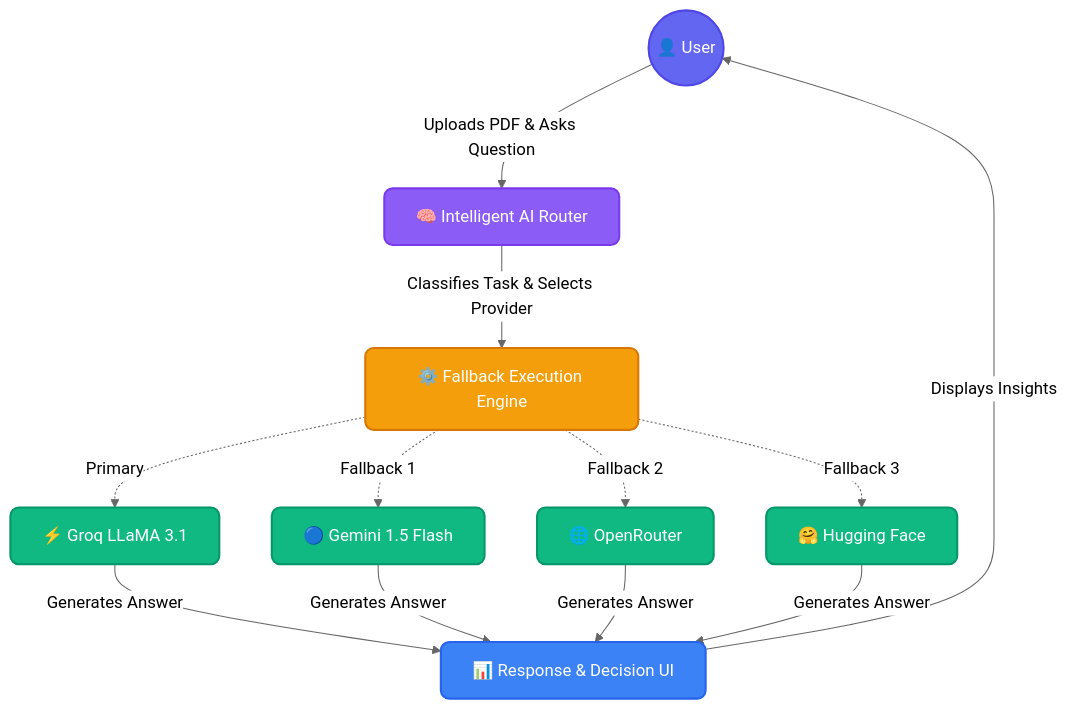
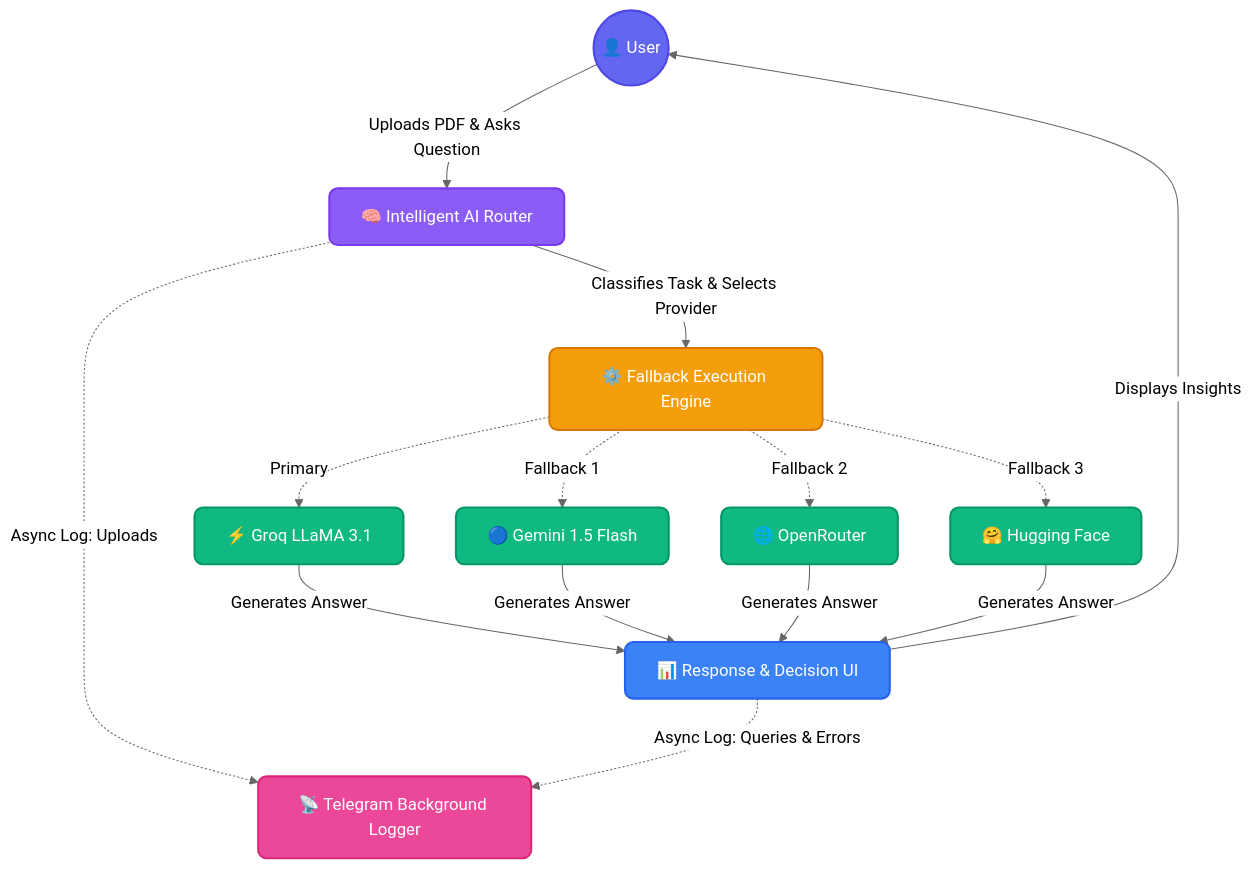
Before and after one commit to Piyu242005/AI-DOC-ASSISTANT: the diagram in README.md, drawn with Mermaid (neutral theme). The commit also changed other lines of this file and 2 other files, not shown here.

Commit message:
feat: implement asynchronous Telegram telemetry for logging uploads, queries, and provider errors

````diff
--- a/README.md
+++ b/README.md
@@ -49,21 +57,26 @@
 ```mermaid
 graph TD
     %% Styling
     classDef user fill:#6366f1,stroke:#4f46e5,stroke-width:2px,color:#fff,rx:8px,ry:8px;
     classDef router fill:#8b5cf6,stroke:#7c3aed,stroke-width:2px,color:#fff,rx:8px,ry:8px;
     classDef llm fill:#10b981,stroke:#059669,stroke-width:2px,color:#fff,rx:8px,ry:8px;
     classDef fallback fill:#f59e0b,stroke:#d97706,stroke-width:2px,color:#fff,rx:8px,ry:8px;
     classDef engine fill:#3b82f6,stroke:#2563eb,stroke-width:2px,color:#fff,rx:8px,ry:8px;
+    classDef telemetry fill:#ec4899,stroke:#db2777,stroke-width:2px,color:#fff,rx:8px,ry:8px;
 
-    U((👤 User)):::user -->|Uploads PDF & Asks Question| R[🧠 Intelligent AI Router]:::router
+    U(("👤 User")):::user -->|"Uploads PDF & Asks Question"| R["🧠 Intelligent AI Router"]:::router
     
-    R -->|Classifies Task & Selects Provider| FE[⚙️ Fallback Execution Engine]:::fallback
+    R -->|"Classifies Task & Selects Provider"| FE["⚙️ Fallback Execution Engine"]:::fallback
     
-    FE -.->|Primary| G[⚡ Groq LLaMA 3.1]:::llm
-    FE -.->|Fallback 1| GEM[🔵 Gemini 1.5 Flash]:::llm
-    FE -.->|Fallback 2| OR[🌐 OpenRouter]:::llm
-    FE -.->|Fallback 3| HF[🤗 Hugging Face]:::llm
+    FE -.->|"Primary"| G["⚡ Groq LLaMA 3.1"]:::llm
+    FE -.->|"Fallback 1"| GEM["🔵 Gemini 1.5 Flash"]:::llm
+    FE -.->|"Fallback 2"| OR["🌐 OpenRouter"]:::llm
+    FE -.->|"Fallback 3"| HF["🤗 Hugging Face"]:::llm
     
-    G & GEM & OR & HF -->|Generates Answer| RE[📊 Response & Decision UI]:::engine
-    RE -->|Displays Insights| U
+    G & GEM & OR & HF -->|"Generates Answer"| RE["📊 Response & Decision UI"]:::engine
+    RE -->|"Displays Insights"| U
+
+    TL["📡 Telegram Background Logger"]:::telemetry
+    R -.->|"Async Log: Uploads"| TL
+    RE -.->|"Async Log: Queries & Errors"| TL
 ```
````
